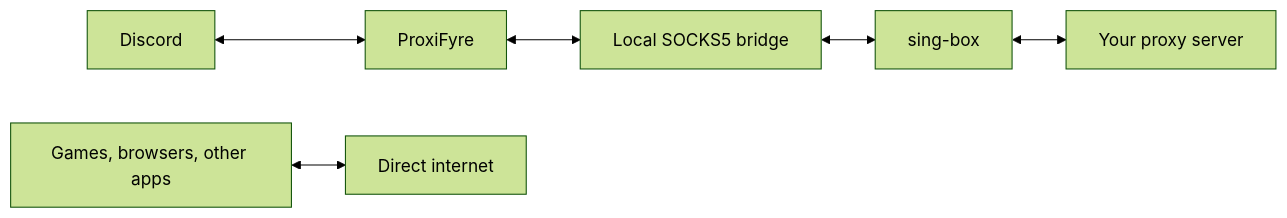
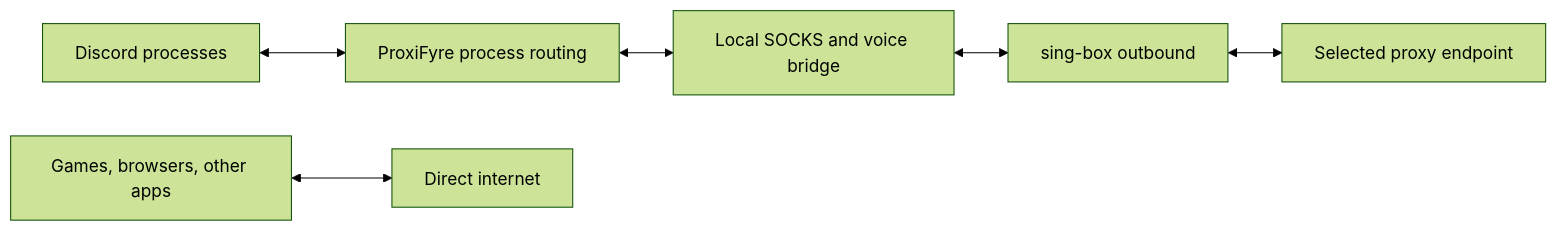
The diagram in README.md (AlirezaZexter/disroute), drawn with Mermaid (forest theme) before and after one commit. The commit also changed other lines of this file and 2 other files, not shown here.

````diff
--- a/README.md
+++ b/README.md
@@ -49,8 +85,8 @@
 ```mermaid
 flowchart LR
-    D[Discord] <--> P[ProxiFyre]
-    P <--> S[Local SOCKS5 bridge]
-    S <--> V[sing-box]
-    V <--> R[Your proxy server]
+    D[Discord processes] <--> P[ProxiFyre process routing]
+    P <--> B[Local SOCKS and voice bridge]
+    B <--> S[sing-box outbound]
+    S <--> E[Selected proxy endpoint]
     O[Games, browsers, other apps] <--> I[Direct internet]
 ```
````
